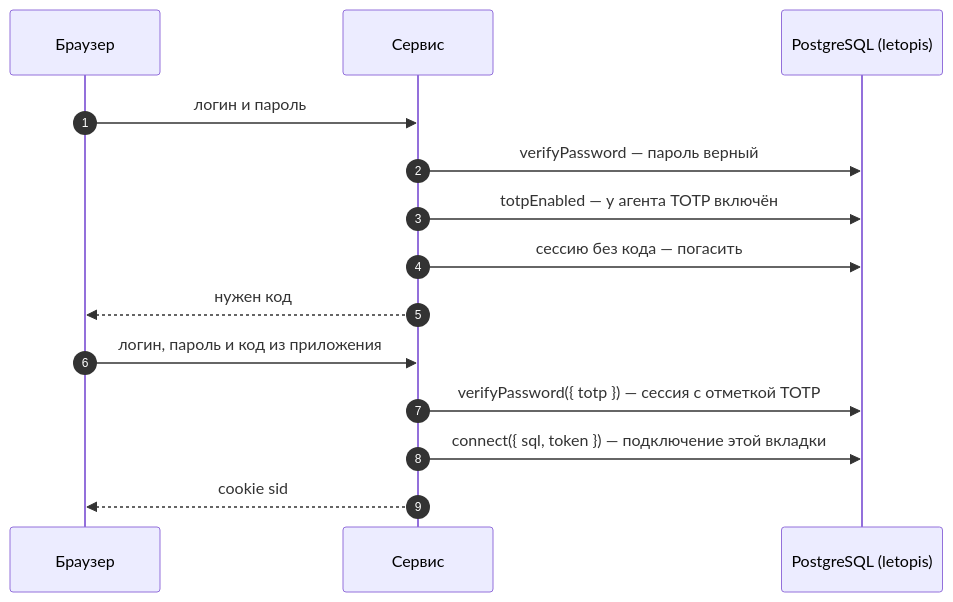
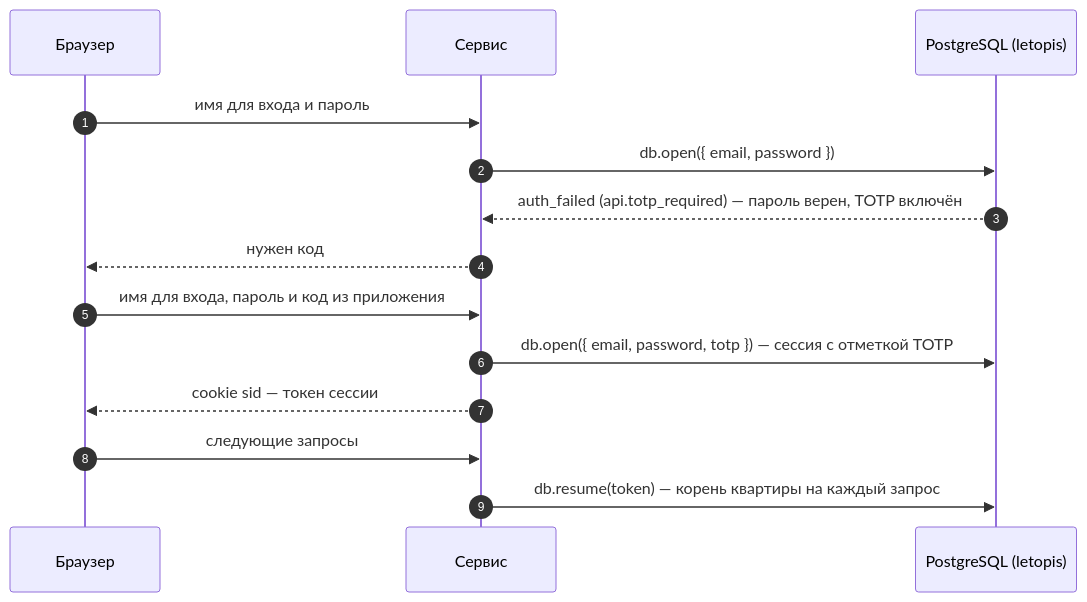
Before and after one commit to alepri51/letopis: the second of 3 diagrams in guide/pages/services/helpdesk.md, drawn with Mermaid. The commit also changed other lines of this file and 86 other files, not shown here.

````diff
--- a/guide/pages/services/helpdesk.md
+++ b/guide/pages/services/helpdesk.md
@@ -118,16 +111,16 @@
 ```mermaid
 sequenceDiagram
   autonumber
   participant B as Браузер
   participant S as Сервис
   participant DB as PostgreSQL (letopis)
-  B->>S: логин и пароль
-  S->>DB: verifyPassword — пароль верный
-  S->>DB: totpEnabled — у агента TOTP включён
-  S->>DB: сессию без кода — погасить
+  B->>S: имя для входа и пароль
+  S->>DB: db.open({ email, password })
+  DB-->>S: auth_failed (api.totp_required) — пароль верен, TOTP включён
   S-->>B: нужен код
-  B->>S: логин, пароль и код из приложения
-  S->>DB: verifyPassword({ totp }) — сессия с отметкой TOTP
-  S->>DB: connect({ sql, token }) — подключение этой вкладки
-  S-->>B: cookie sid
+  B->>S: имя для входа, пароль и код из приложения
+  S->>DB: db.open({ email, password, totp }) — сессия с отметкой TOTP
+  S-->>B: cookie sid — токен сессии
+  B->>S: следующие запросы
+  S->>DB: db.resume(token) — корень квартиры на каждый запрос
 ```
````
